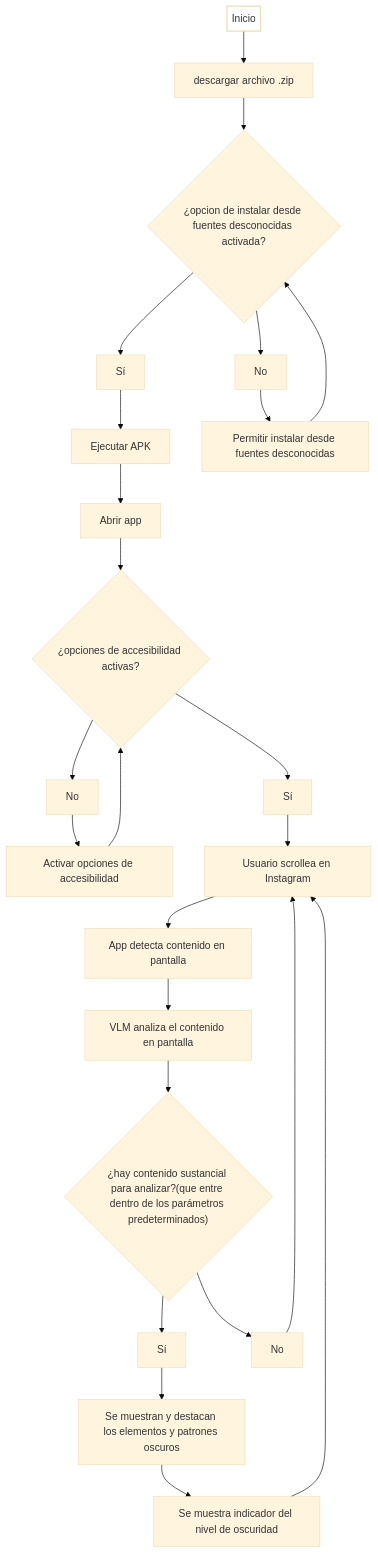
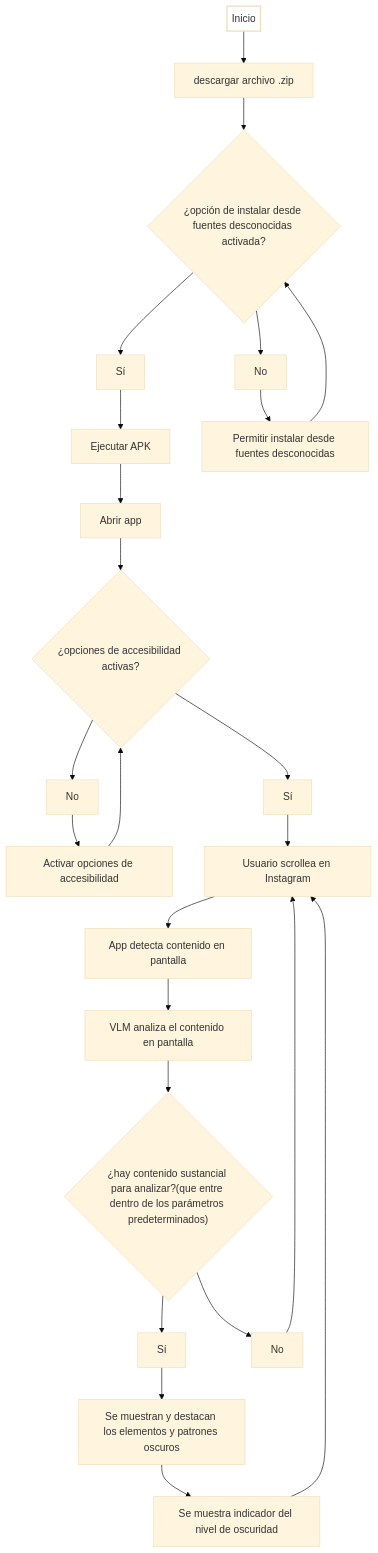
The diagram in sesion-02/entrega/README.md (clifford1one-corteEstudioso/dis8vt2-2026-2), drawn with Mermaid (base theme) before and after one commit. The commit also changed other lines of this file, not shown here.

````diff
--- a/sesion-02/entrega/README.md
+++ b/sesion-02/entrega/README.md
@@ -49,29 +49,29 @@
 ```mermaid
 flowchart TB
     n3["¿opciones de accesibilidad activas?"] --> n4["Sí"] & n5["No"]
     n5 --> n6["Activar opciones de accesibilidad"]
-    n7["¿opcion de instalar desde fuentes desconocidas activada?"] --> n8["Sí"] & n9["No"]
+    n7["¿opción de instalar desde fuentes desconocidas activada?"] --> n8["Sí"] & n9["No"]
     n1["Inicio"] --> n12["descargar archivo .zip"]
     n8 --> n10["Ejecutar APK"]
     n10 --> n11["Abrir app"]
     n11 --> n3
     n12 --> n7
     n9 --> n13["Permitir instalar desde fuentes desconocidas"]
     n13 --> n7
     n6 --> n3
     n4 --> n14["Usuario scrollea en Instagram"]
     n14 --> n15["App detecta contenido en pantalla"]
     n16["¿hay contenido sustancial para analizar?(que entre dentro de los parámetros predeterminados)"] --> n17["Sí"] & n18["No"]
     n17 --> n21["Se muestran y destacan los elementos y patrones oscuros"]
     n21 --> n22["Se muestra indicador del nivel de oscuridad"]
     n15 --> n23["VLM analiza el contenido en pantalla"]
     n18 --> n14
     n23 --> n16
     n22 --> n14
 
     n3@{ shape: diam}
     n7@{ shape: diam}
     n1@{ shape: text}
     n16@{ shape: diam}
     style n1 stroke-width:2px,stroke-dasharray: 0
-``` 
+```
````
